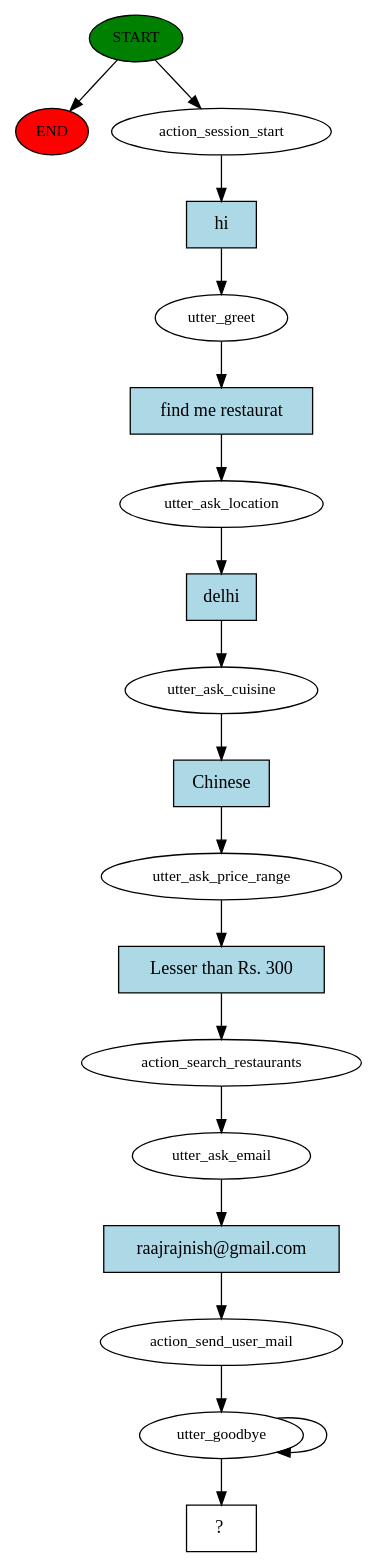
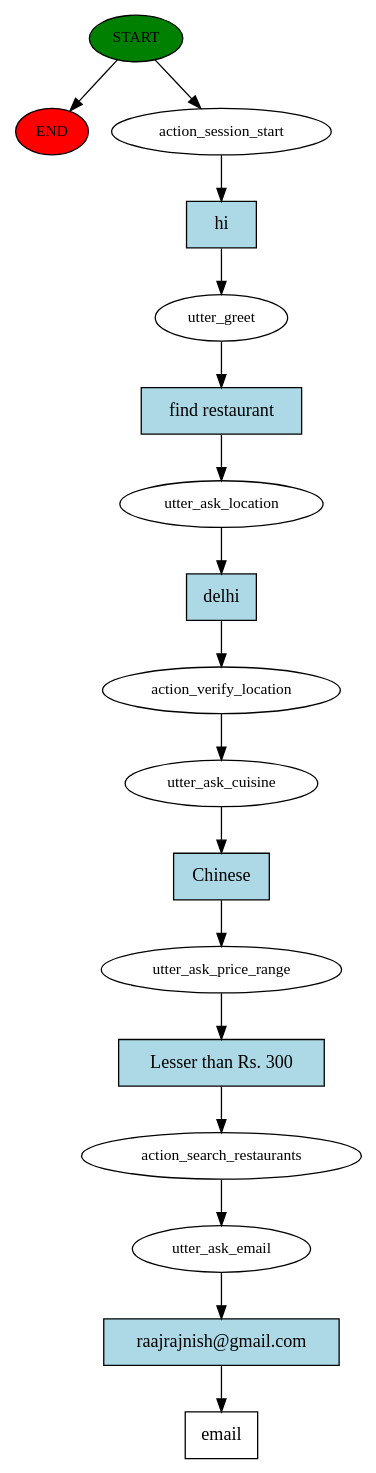
Before and after one commit to raajrajnish/chatbot_foodie_rasa_upgrad: the diagram in story_graph.dot, drawn with Graphviz. The commit also changed 29 other files, not shown here.

```diff
--- a/story_graph.dot
+++ b/story_graph.dot
@@ -1,38 +1,35 @@
 digraph  {
 0 [class="start active", fillcolor=green, fontsize=12, label=START, style=filled];
 "-1" [class=end, fillcolor=red, fontsize=12, label=END, style=filled];
 1 [class=active, fontsize=12, label=action_session_start];
 2 [class=active, fontsize=12, label=utter_greet];
 3 [class=active, fontsize=12, label=utter_ask_location];
-4 [class=active, fontsize=12, label=utter_ask_cuisine];
-5 [class=active, fontsize=12, label=utter_ask_price_range];
-6 [class=active, fontsize=12, label=action_search_restaurants];
-7 [class=active, fontsize=12, label=utter_ask_email];
-8 [class=active, fontsize=12, label=action_send_user_mail];
-9 [class=active, fontsize=12, label=utter_goodbye];
-11 [class="intent dashed active", label="  ?  ", shape=rect];
-12 [class="intent active", fillcolor=lightblue, label=hi, shape=rect, style=filled];
-13 [class="intent active", fillcolor=lightblue, label="find me restaurat", shape=rect, style=filled];
-14 [class="intent active", fillcolor=lightblue, label=delhi, shape=rect, style=filled];
-15 [class="intent active", fillcolor=lightblue, label=Chinese, shape=rect, style=filled];
-16 [class="intent active", fillcolor=lightblue, label="Lesser than Rs. 300", shape=rect, style=filled];
-17 [class="intent active", fillcolor=lightblue, label="raajrajnish@gmail.com", shape=rect, style=filled];
+4 [class=active, fontsize=12, label=action_verify_location];
+5 [class=active, fontsize=12, label=utter_ask_cuisine];
+6 [class=active, fontsize=12, label=utter_ask_price_range];
+7 [class=active, fontsize=12, label=action_search_restaurants];
+8 [class=active, fontsize=12, label=utter_ask_email];
+9 [class="intent dashed active", label=email, shape=rect];
+10 [class="intent active", fillcolor=lightblue, label=hi, shape=rect, style=filled];
+11 [class="intent active", fillcolor=lightblue, label="find restaurant", shape=rect, style=filled];
+12 [class="intent active", fillcolor=lightblue, label=delhi, shape=rect, style=filled];
+13 [class="intent active", fillcolor=lightblue, label=Chinese, shape=rect, style=filled];
+14 [class="intent active", fillcolor=lightblue, label="Lesser than Rs. 300", shape=rect, style=filled];
+15 [class="intent active", fillcolor=lightblue, label="raajrajnish@gmail.com", shape=rect, style=filled];
 0 -> "-1"  [class="", key=NONE, label=""];
 0 -> 1  [class=active, key=NONE, label=""];
-1 -> 12  [class=active, key=0];
-2 -> 13  [class=active, key=0];
-3 -> 14  [class=active, key=0];
-4 -> 15  [class=active, key=0];
-5 -> 16  [class=active, key=0];
-6 -> 7  [class=active, key=NONE, label=""];
-7 -> 17  [class=active, key=0];
-8 -> 9  [class=active, key=NONE, label=""];
-9 -> 11  [class=active, key=NONE, label=""];
-9 -> 9  [class=active, key=NONE, label=""];
-12 -> 2  [class=active, key=0];
-13 -> 3  [class=active, key=0];
-14 -> 4  [class=active, key=0];
-15 -> 5  [class=active, key=0];
-16 -> 6  [class=active, key=0];
-17 -> 8  [class=active, key=0];
+1 -> 10  [class=active, key=0];
+2 -> 11  [class=active, key=0];
+3 -> 12  [class=active, key=0];
+4 -> 5  [class=active, key=NONE, label=""];
+5 -> 13  [class=active, key=0];
+6 -> 14  [class=active, key=0];
+7 -> 8  [class=active, key=NONE, label=""];
+8 -> 15  [class=active, key=0];
+10 -> 2  [class=active, key=0];
+11 -> 3  [class=active, key=0];
+12 -> 4  [class=active, key=0];
+13 -> 6  [class=active, key=0];
+14 -> 7  [class=active, key=0];
+15 -> 9  [class=active, key=0];
 }
```
